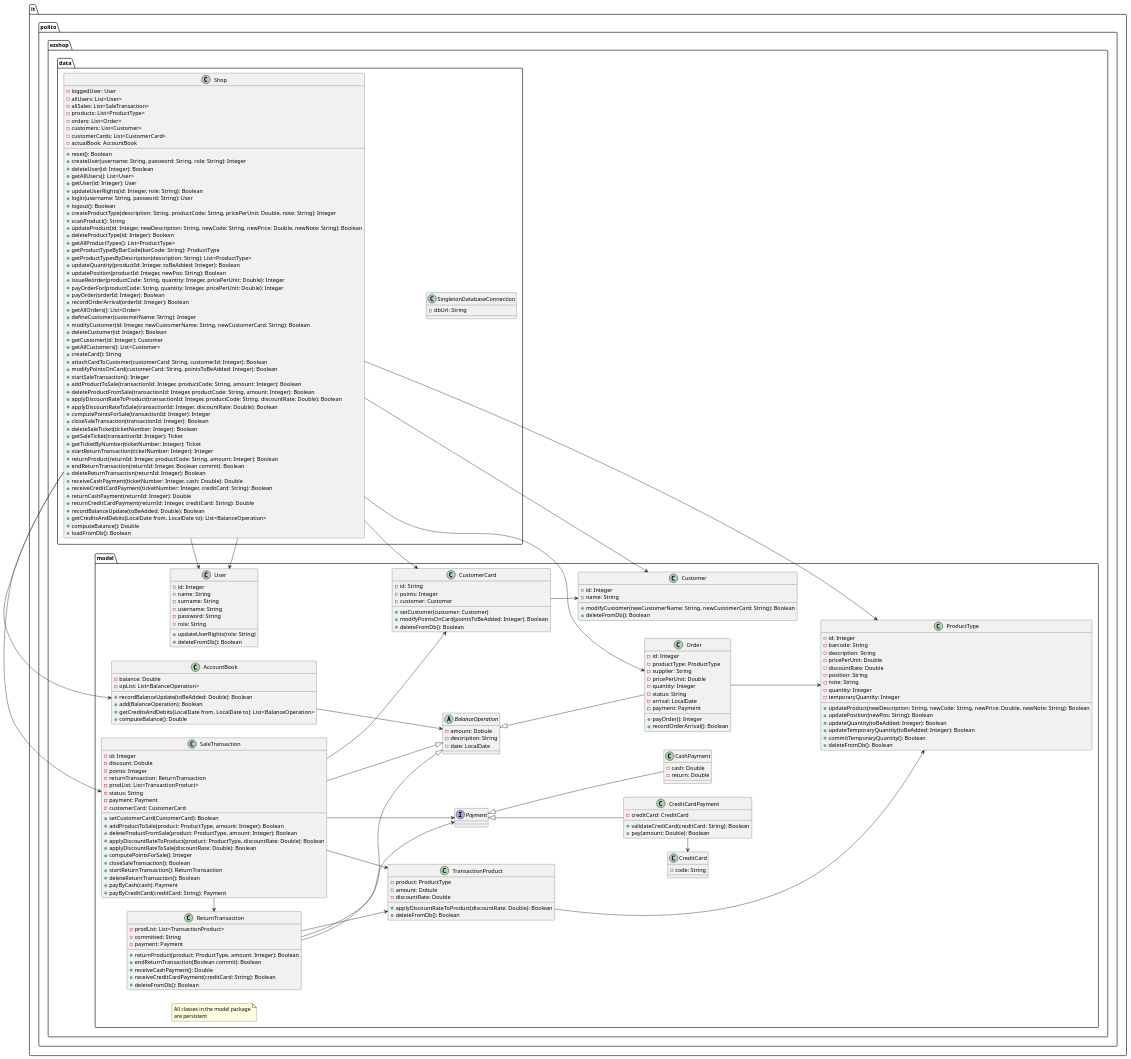
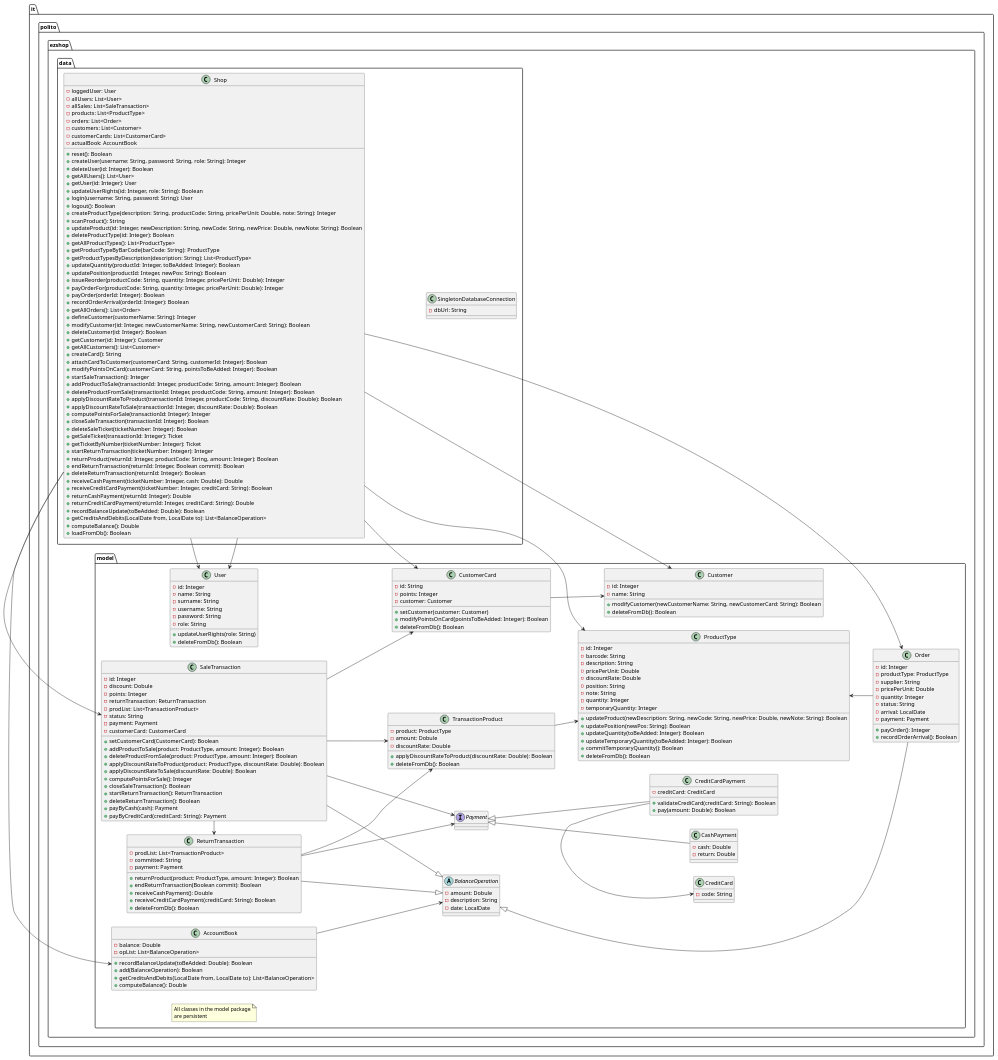
Before and after one commit to MatteoBattilana/EzShop: the second of 4 diagrams in Deliverables/DesignDocument.md, drawn with PlantUML.

Commit message:
docs: rearranged

```diff
--- a/Deliverables/DesignDocument.md
+++ b/Deliverables/DesignDocument.md
@@ -262,7 +262,7 @@
 CustomerCard --> Customer
 SaleTransaction --> CustomerCard
 
-Order --> ProductType
+Order -up-> ProductType
 ReturnTransaction --> TransactionProduct
 }
 
```
